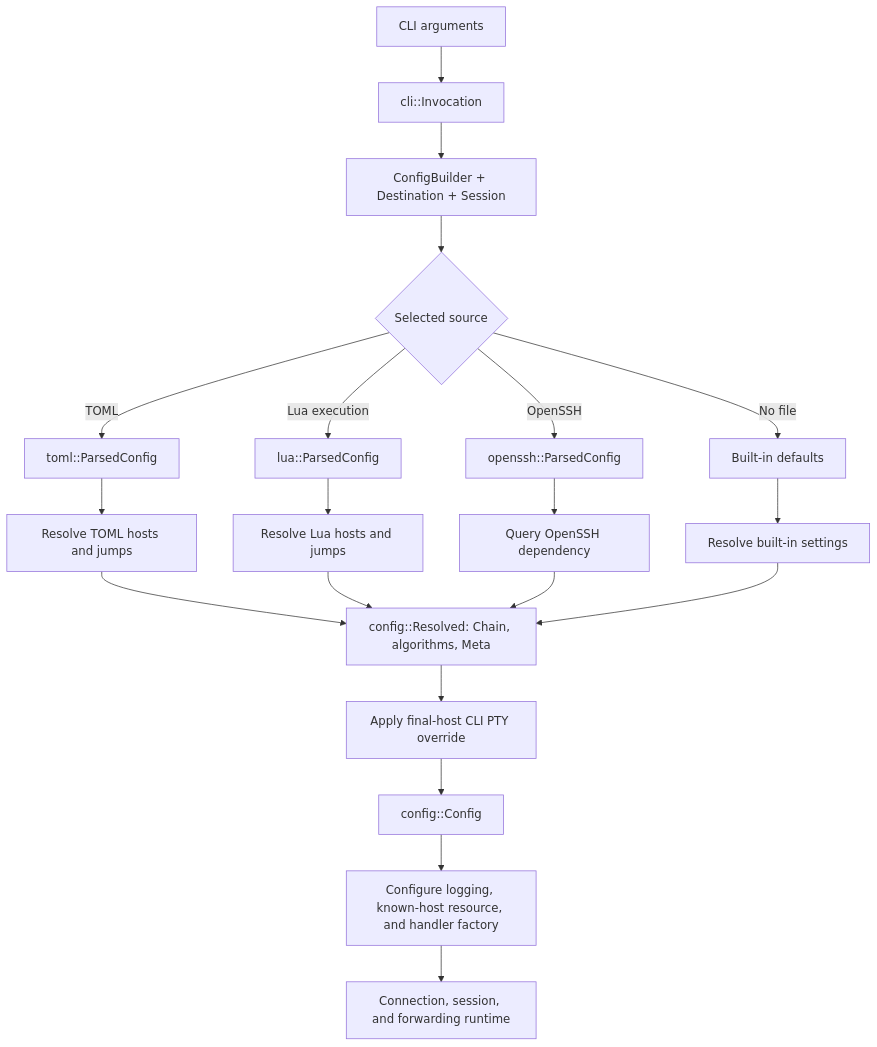
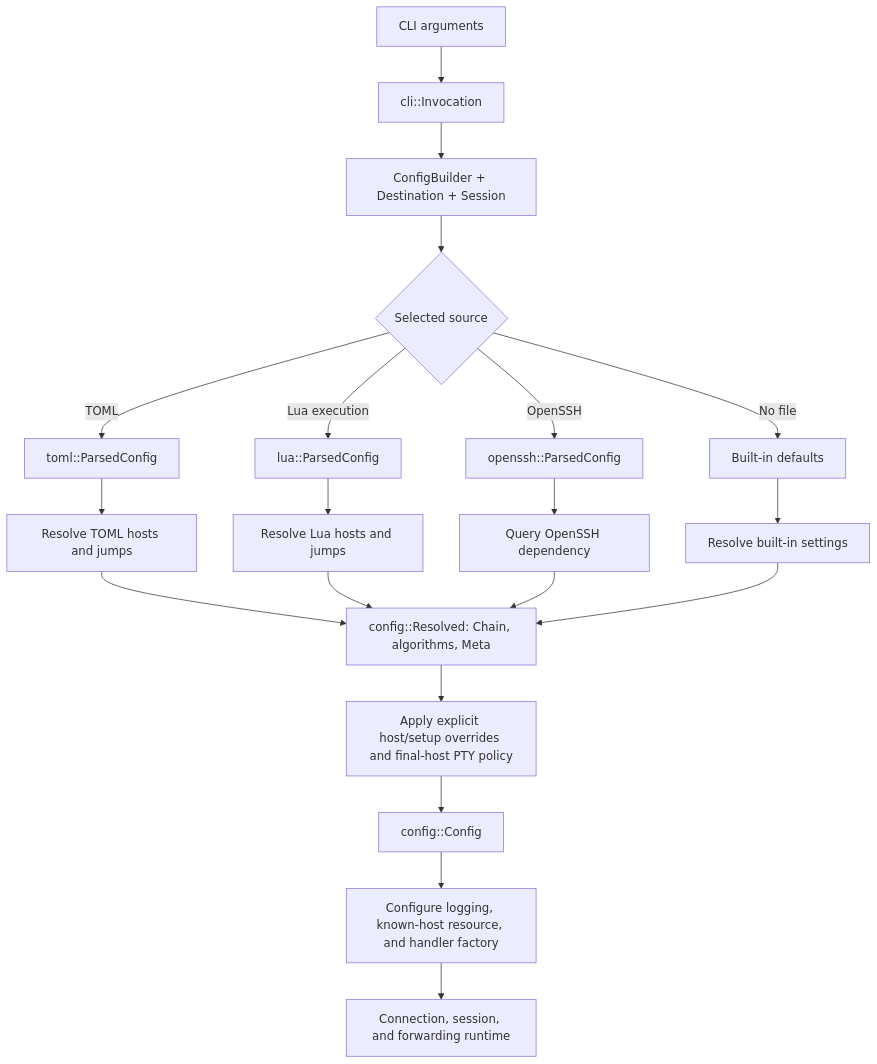
Before and after one commit to naughie/openrussh-cli: the diagram in docs/architecture.md, drawn with Mermaid. The commit also changed other lines of this file and 22 other files, not shown here.

````diff
--- a/docs/architecture.md
+++ b/docs/architecture.md
@@ -72,22 +74,22 @@
 ```mermaid
 flowchart TD
     A[CLI arguments] --> P[cli::Invocation]
     P --> B[ConfigBuilder + Destination + Session]
     B --> C{Selected source}
     C -->|TOML| D[toml::ParsedConfig]
     C -->|Lua execution| E[lua::ParsedConfig]
     C -->|OpenSSH| F[openssh::ParsedConfig]
     C -->|No file| G[Built-in defaults]
     D --> HT[Resolve TOML hosts and jumps]
     E --> HL[Resolve Lua hosts and jumps]
     F --> HO[Query OpenSSH dependency]
     G --> HB[Resolve built-in settings]
     HT --> I[config::Resolved: Chain, algorithms, Meta]
     HL --> I
     HO --> I
     HB --> I
-    I --> J[Apply final-host CLI PTY override]
+    I --> J[Apply explicit host/setup overrides and final-host PTY policy]
     J --> K[config::Config]
     K --> L[Configure logging, known-host resource, and handler factory]
     L --> M[Connection, session, and forwarding runtime]
 ```
````
